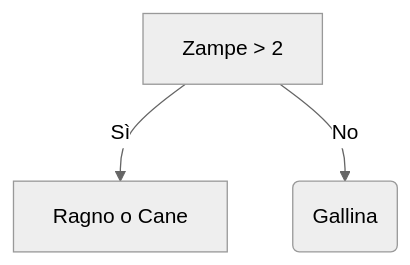
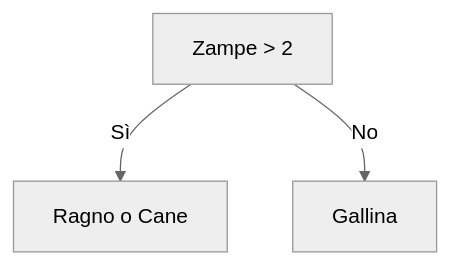
One commit to anhelus/pcs changed the fourth of 8 diagrams in docs/material/03_ml/06_trees/01_decision_trees.md. Above: the diagram before and after it, drawn with Mermaid (neutral theme). The commit also changed other lines of this file and 25 other files, not shown here.

````diff
--- a/docs/material/03_ml/06_trees/01_decision_trees.md
+++ b/docs/material/03_ml/06_trees/01_decision_trees.md
@@ -93,5 +93,5 @@
 ```mermaid
 flowchart TB
   A["Zampe > 2"] -->|Sì| B["Ragno o Cane"]
-  A -->|No| C(Gallina)
+  A -->|No| C[Gallina]
 ```
````
